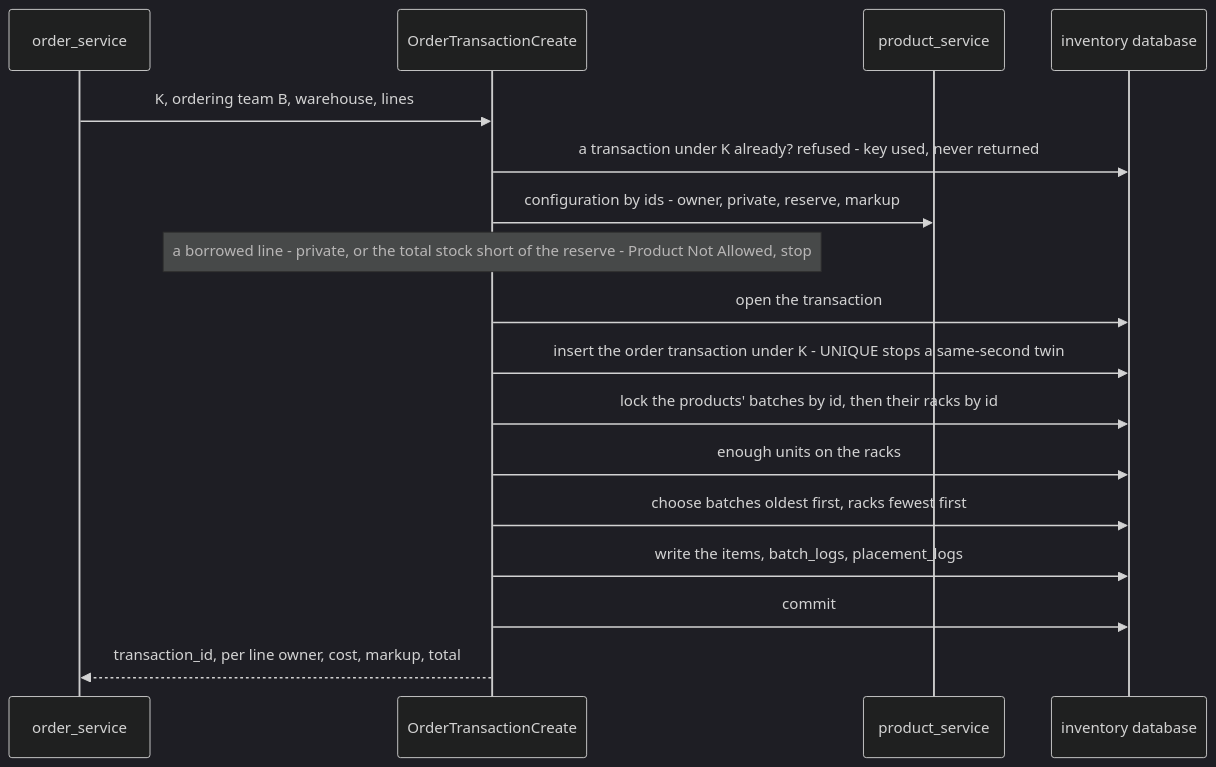
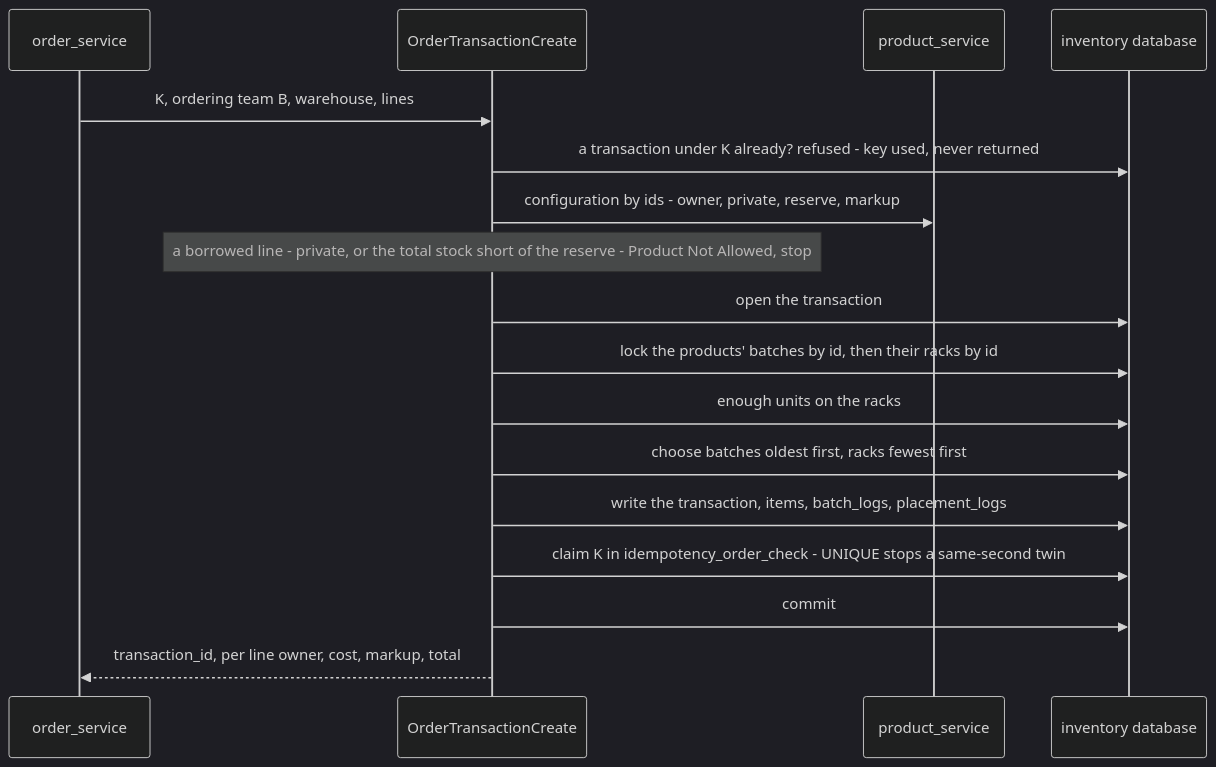
One commit to pdcgo/warehouse_revamp changed the first of 8 diagrams in docs/business/inventory/order_clarify.md. Above: the diagram before and after it, drawn with Mermaid (dark theme). The commit also changed other lines of this file and 24 other files, not shown here.

````diff
--- a/docs/business/inventory/order_clarify.md
+++ b/docs/business/inventory/order_clarify.md
@@ -90,19 +123,19 @@
 ```mermaid
 sequenceDiagram
   participant O as order_service
   participant I as OrderTransactionCreate
   participant P as product_service
   participant D as inventory database
   O->>I: K, ordering team B, warehouse, lines
   I->>D: a transaction under K already? refused - key used, never returned
   I->>P: configuration by ids - owner, private, reserve, markup
   Note over I: a borrowed line - private, or the total stock short of the reserve - Product Not Allowed, stop
   I->>D: open the transaction
-  I->>D: insert the order transaction under K - UNIQUE stops a same-second twin
   I->>D: lock the products' batches by id, then their racks by id
   I->>D: enough units on the racks
   I->>D: choose batches oldest first, racks fewest first
-  I->>D: write the items, batch_logs, placement_logs
+  I->>D: write the transaction, items, batch_logs, placement_logs
+  I->>D: claim K in idempotency_order_check - UNIQUE stops a same-second twin
   I->>D: commit
   I-->>O: transaction_id, per line owner, cost, markup, total
 ```
````
